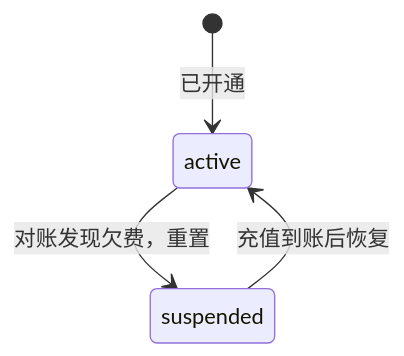
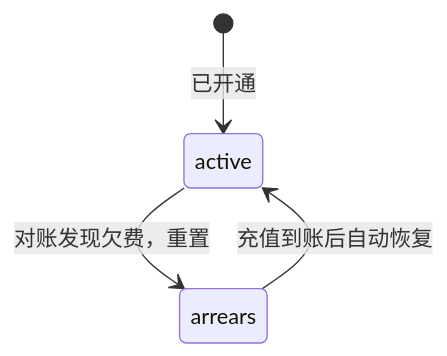
The third of 4 diagrams in docs/design/US-PK-token-gateway-接口与管理端.md (Pedro-MAFS/ftcs), drawn with Mermaid before and after one commit. The commit also changed other lines of this file and 4 other files, not shown here.

````diff
--- a/docs/design/US-PK-token-gateway-接口与管理端.md
+++ b/docs/design/US-PK-token-gateway-接口与管理端.md
@@ -93,6 +95,6 @@
 ```mermaid
 stateDiagram-v2
   [*] --> active: 已开通
-  active --> suspended: 对账发现欠费，重置
-  suspended --> active: 充值到账后恢复
+  active --> arrears: 对账发现欠费，重置
+  arrears --> active: 充值到账后自动恢复
 ```
````
